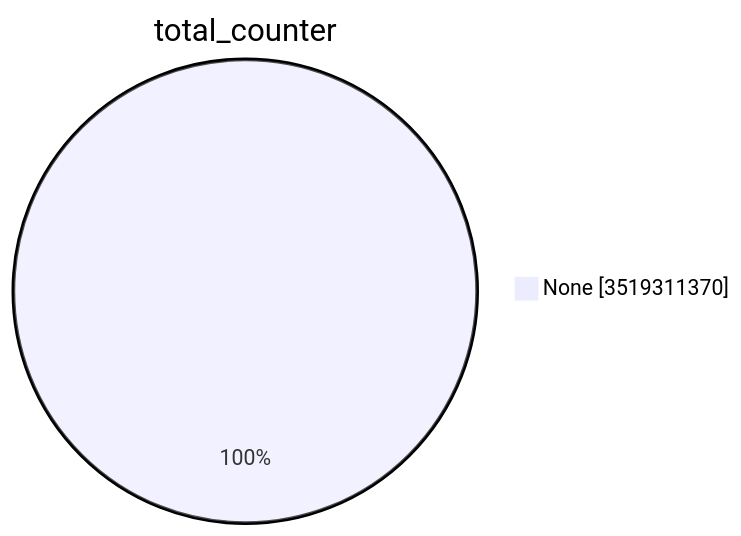
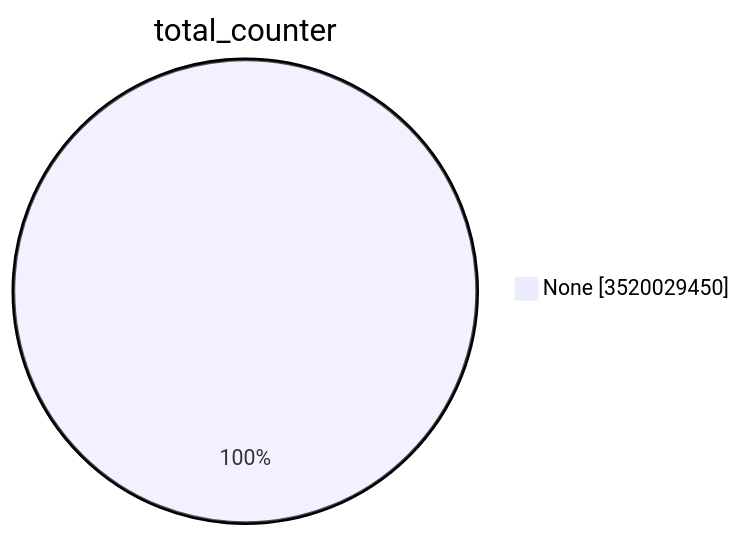
One commit to christiankrug/ctmonitor_visualization changed the first of 15 diagrams in TOTAL/README.md. Above: the diagram before and after it, drawn with Mermaid. The commit also changed other lines of this file, not shown here.

````diff
--- a/TOTAL/README.md
+++ b/TOTAL/README.md
@@ -1,5 +1,5 @@
 ```mermaid
 pie showData
 title total_counter
-"None" :3519311370
+"None" :3520029450
 ```
````
